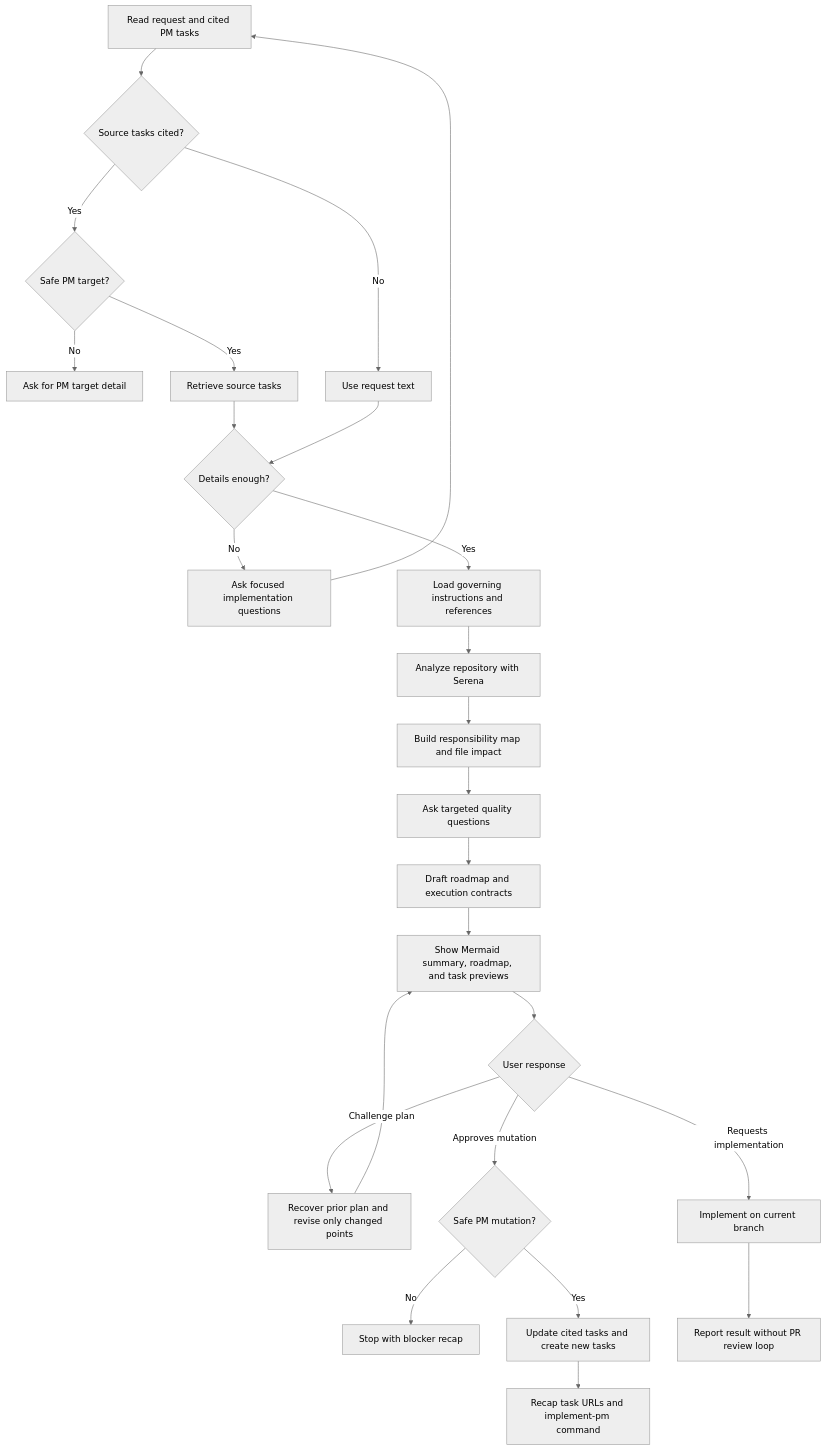
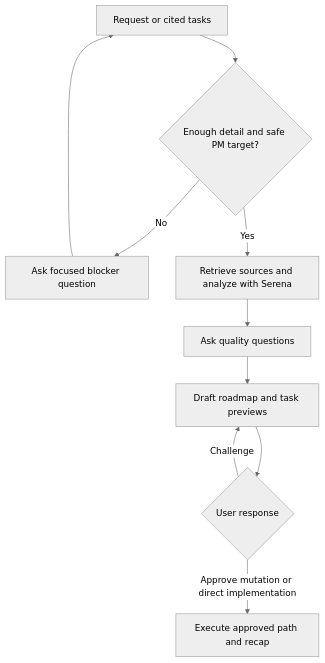
The diagram in skills/feed-pm/SKILL.md (mvagnon/plan-based-agentic-workflow), drawn with Mermaid (neutral theme) before and after one commit. The commit also changed other lines of this file and 14 other files, not shown here.

````diff
--- a/skills/feed-pm/SKILL.md
+++ b/skills/feed-pm/SKILL.md
@@ -30,27 +30,12 @@
 ```mermaid
 flowchart TD
-  A[Read request and cited PM tasks] --> B{Source tasks cited?}
-  B -->|Yes| C{Safe PM target?}
-  C -->|No| D[Ask for PM target detail]
-  C -->|Yes| E[Retrieve source tasks]
-  B -->|No| F[Use request text]
-  E --> G{Details enough?}
-  F --> G
-  G -->|No| H[Ask focused implementation questions]
-  H --> A
-  G -->|Yes| I[Load governing instructions and references]
-  I --> J[Analyze repository with Serena]
-  J --> K[Build responsibility map and file impact]
-  K --> L[Ask targeted quality questions]
-  L --> M[Draft roadmap and execution contracts]
-  M --> N[Show Mermaid summary, roadmap, and task previews]
-  N --> O{User response}
-  O -->|Challenge plan| P[Recover prior plan and revise only changed points]
-  P --> N
-  O -->|Approves mutation| Q{Safe PM mutation?}
-  Q -->|No| R[Stop with blocker recap]
-  Q -->|Yes| S[Update cited tasks and create new tasks]
-  S --> T[Recap task URLs and implement-pm command]
-  O -->|Requests implementation| U[Implement on current branch]
-  U --> V[Report result without PR review loop]
+  A[Request or cited tasks] --> B{Enough detail and safe PM target?}
+  B -->|No| C[Ask focused blocker question]
+  C --> A
+  B -->|Yes| D[Retrieve sources and analyze with Serena]
+  D --> E[Ask quality questions]
+  E --> F[Draft roadmap and task previews]
+  F --> G{User response}
+  G -->|Challenge| F
+  G -->|Approve mutation or direct implementation| H[Execute approved path and recap]
 ```
````
